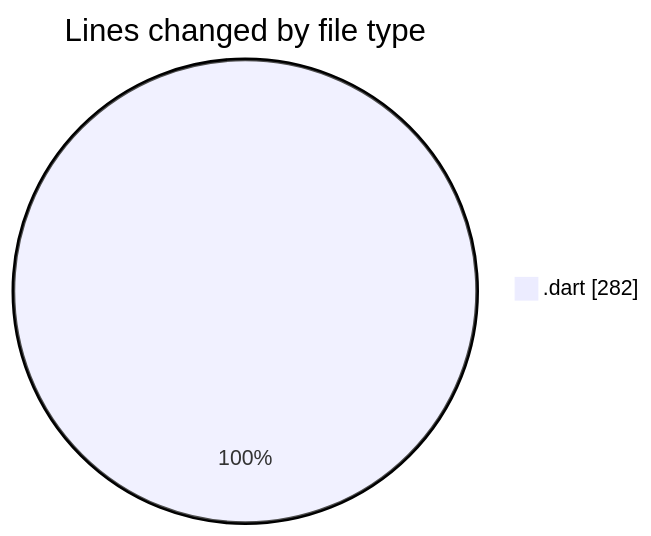
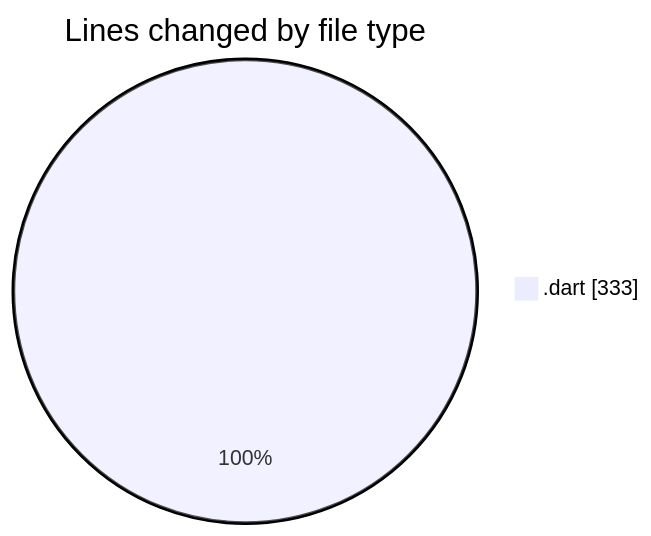
Before and after one commit to donsfak/code-tracking: the first of 2 diagrams in 2025-01-14/trackers_app/README.md, drawn with Mermaid. The commit also changed other lines of this file and 1 other file, not shown here.

````diff
--- a/2025-01-14/trackers_app/README.md
+++ b/2025-01-14/trackers_app/README.md
@@ -24,5 +25,5 @@
 ```mermaid
 pie showData
 title Lines changed by file type
-".dart" : 282
+".dart" : 333
 ```
````
